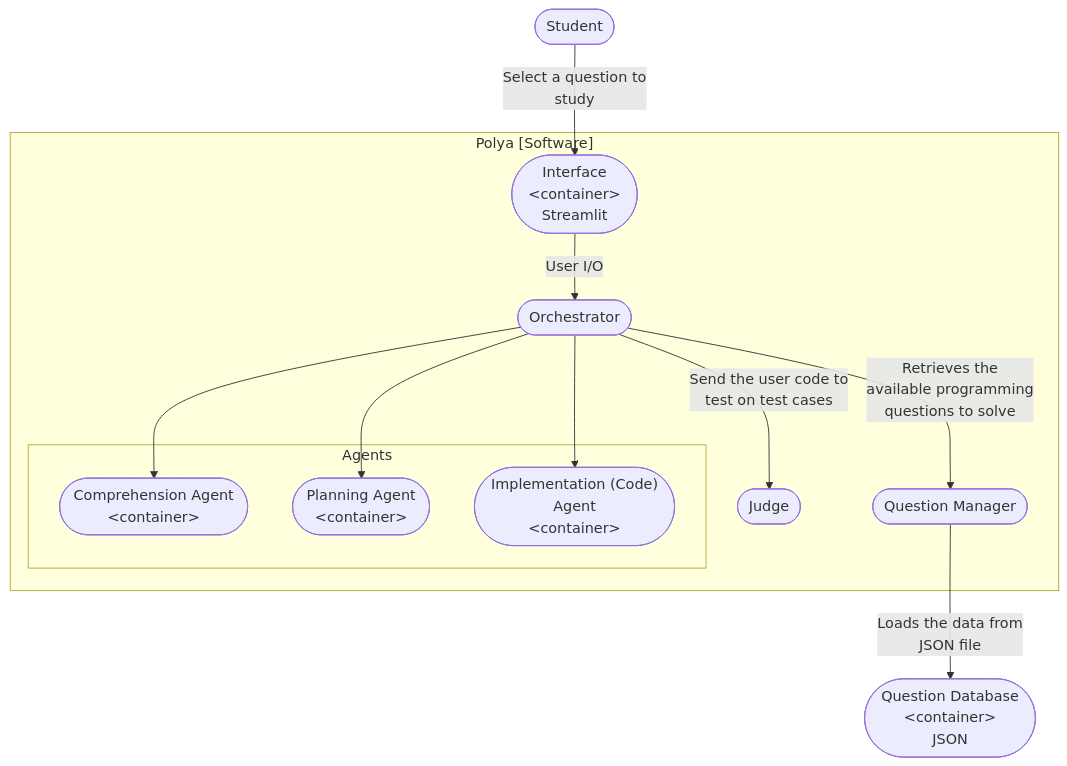
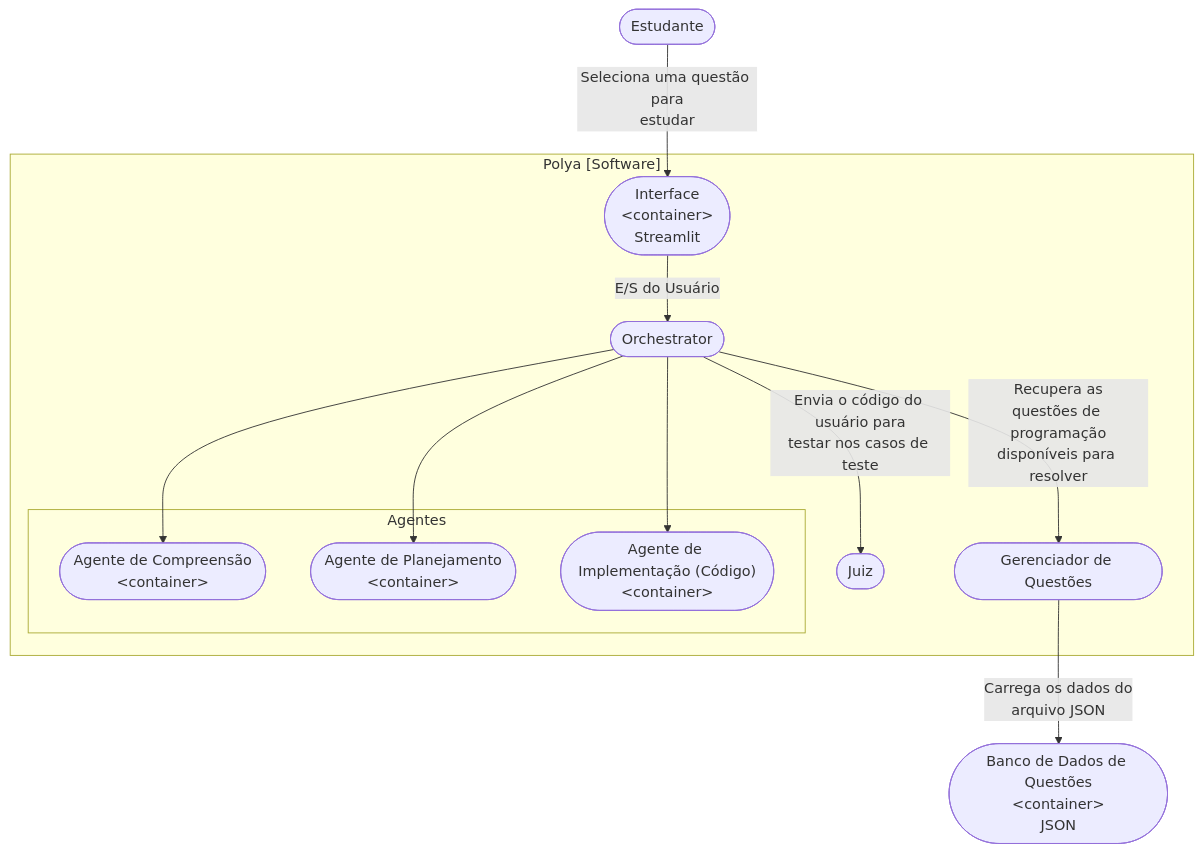
One commit to TETEURYAN/obi-benchmarking changed the first of 2 diagrams in GEMINI.md. Above: the diagram before and after it, drawn with Mermaid. The commit also changed other lines of this file and 7 other files, not shown here.

````diff
--- a/GEMINI.md
+++ b/GEMINI.md
@@ -16,29 +16,29 @@
 ```mermaid
 graph TD
-    Student([Student])
+    Student([Estudante])
 
     subgraph Polya ["Polya [Software]"]
         Interface(["Interface<br>&lt;container&gt;<br>Streamlit"])
         Orchestrator(["Orchestrator"])
-        QuestionManager(["Question Manager"])
-        Judge(["Judge"])
+        QuestionManager(["Gerenciador de Questões"])
+        Judge(["Juiz"])
 
-        subgraph Agents ["Agents"]
-            Comprehension(["Comprehension Agent<br>&lt;container&gt;"])
-            Planning(["Planning Agent<br>&lt;container&gt;"])
-            Implementation(["Implementation (Code)<br>Agent<br>&lt;container&gt;"])
+        subgraph Agents ["Agentes"]
+            Comprehension(["Agente de Compreensão<br>&lt;container&gt;"])
+            Planning(["Agente de Planejamento<br>&lt;container&gt;"])
+            Implementation(["Agente de Implementação (Código)<br>&lt;container&gt;"])
         end
     end
 
-    Database(["Question Database<br>&lt;container&gt;<br>JSON"])
+    Database(["Banco de Dados de Questões<br>&lt;container&gt;<br>JSON"])
 
-    %% Connections
-    Student -- "Select a question to<br>study" --> Interface
-    Interface -- "User I/O" --> Orchestrator
-    Orchestrator -- "Retrieves the<br>available programming<br>questions to solve" --> QuestionManager
-    QuestionManager -- "Loads the data from<br>JSON file" --> Database
-    Orchestrator -- "Send the user code to<br>test on test cases" --> Judge
+    %% Conexões
+    Student -- "Seleciona uma questão para<br>estudar" --> Interface
+    Interface -- "E/S do Usuário" --> Orchestrator
+    Orchestrator -- "Recupera as<br>questões de programação<br>disponíveis para resolver" --> QuestionManager
+    QuestionManager -- "Carrega os dados do<br>arquivo JSON" --> Database
+    Orchestrator -- "Envia o código do usuário para<br>testar nos casos de teste" --> Judge
     Orchestrator --> Comprehension
     Orchestrator --> Planning
     Orchestrator --> Implementation
 ```
````
